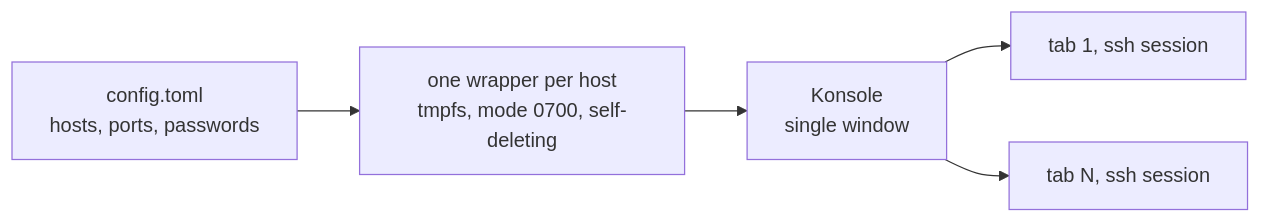
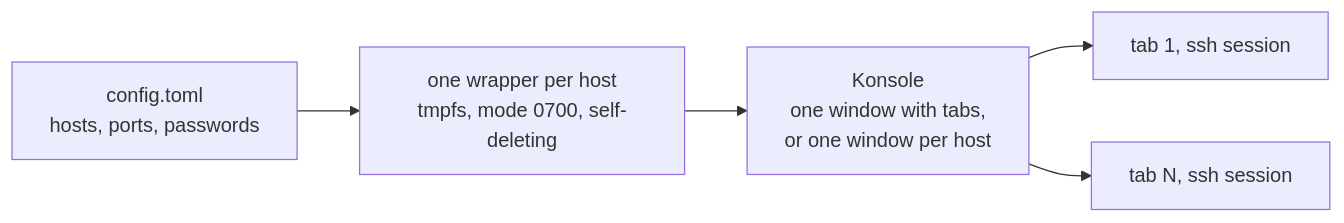
The diagram in README.md (PaulGoG/SshAutoLogin.jl), drawn with Mermaid before and after one commit.

Commit message:
docs(readme): describe both window layouts in the diagram
The data-flow diagram labelled Konsole as a single window, which is
only the tabs layout; the windows layout opens one window per host.

````diff
--- a/README.md
+++ b/README.md
@@ -49,12 +49,12 @@
 ```mermaid
 flowchart LR
     cfg["config.toml<br/>hosts, ports, passwords"]
     wrap["one wrapper per host<br/>tmpfs, mode 0700, self-deleting"]
-    kon["Konsole<br/>single window"]
+    kon["Konsole<br/>one window with tabs,<br/>or one window per host"]
     t1["tab 1, ssh session"]
     tn["tab N, ssh session"]
     cfg --> wrap
     wrap --> kon
     kon --> t1
     kon --> tn
 ```
````
